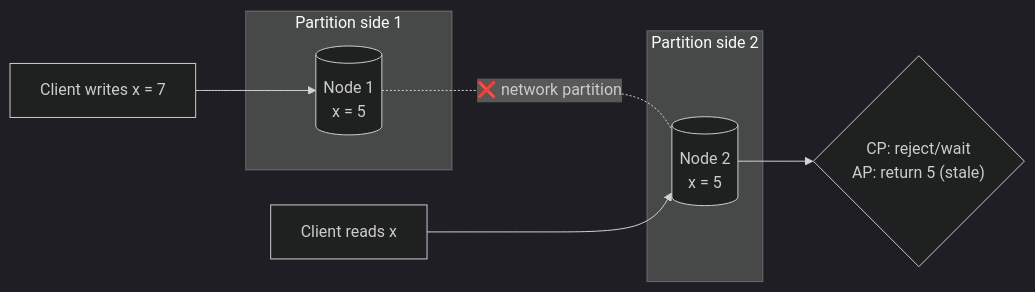
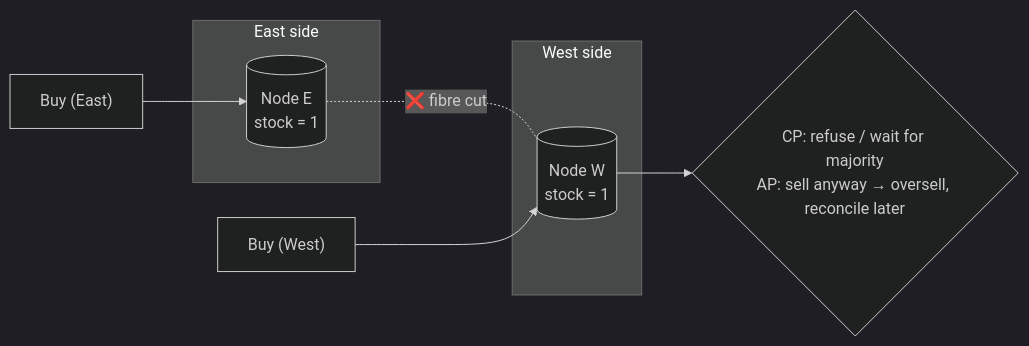
One commit to winnyboy5/System-Design-from-Atoms changed the diagram in phases/06-scaling-data/052-cap-theorem.md. Above: the diagram before and after it, drawn with Mermaid (dark theme). The commit also changed other lines of this file and 9 other files, not shown here.

````diff
--- a/phases/06-scaling-data/052-cap-theorem.md
+++ b/phases/06-scaling-data/052-cap-theorem.md
@@ -28,13 +40,13 @@
 ```mermaid
 flowchart LR
-    subgraph Side1["Partition side 1"]
-        N1[("Node 1<br/>x = 5")]
+    subgraph East["East side"]
+        N1[("Node E<br/>stock = 1")]
     end
-    subgraph Side2["Partition side 2"]
-        N2[("Node 2<br/>x = 5")]
+    subgraph West["West side"]
+        N2[("Node W<br/>stock = 1")]
     end
-    N1 -. "❌ network partition" .- N2
-    W["Client writes x = 7"] --> N1
-    R["Client reads x"] --> N2
-    N2 --> Q{"CP: reject/wait<br/>AP: return 5 (stale)"}
+    N1 -. "❌ fibre cut" .- N2
+    W1["Buy (East)"] --> N1
+    W2["Buy (West)"] --> N2
+    N2 --> Q{"CP: refuse / wait for majority<br/>AP: sell anyway → oversell, reconcile later"}
 ```
````
